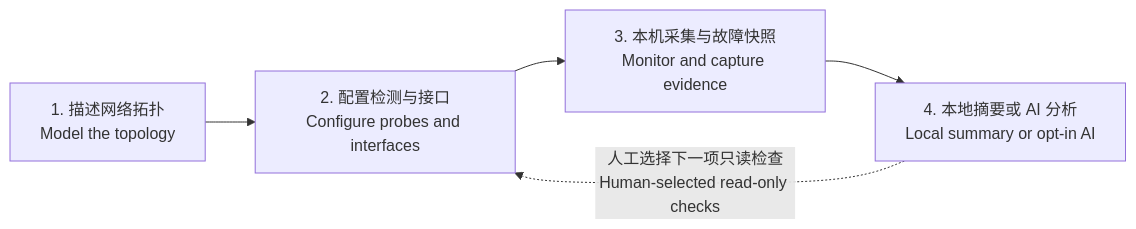
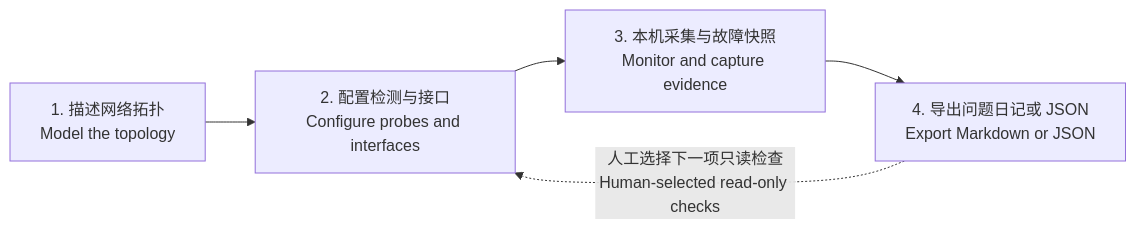
Before and after one commit to lulouislu/lingshu-matrix: the diagram in README.md, drawn with Mermaid. The commit also changed other lines of this file and 22 other files, not shown here.

Commit message:
feat: export offline diagnostic diaries and JSON instead of in-app AI

````diff
--- a/README.md
+++ b/README.md
@@ -62,7 +62,7 @@
 ```mermaid
 flowchart LR
     A["1. 描述网络拓扑<br/>Model the topology"] --> B["2. 配置检测与接口<br/>Configure probes and interfaces"]
     B --> C["3. 本机采集与故障快照<br/>Monitor and capture evidence"]
-    C --> D["4. 本地摘要或 AI 分析<br/>Local summary or opt-in AI"]
+    C --> D["4. 导出问题日记或 JSON<br/>Export Markdown or JSON"]
     D -. "人工选择下一项只读检查<br/>Human-selected read-only checks" .-> B
 ```
````
